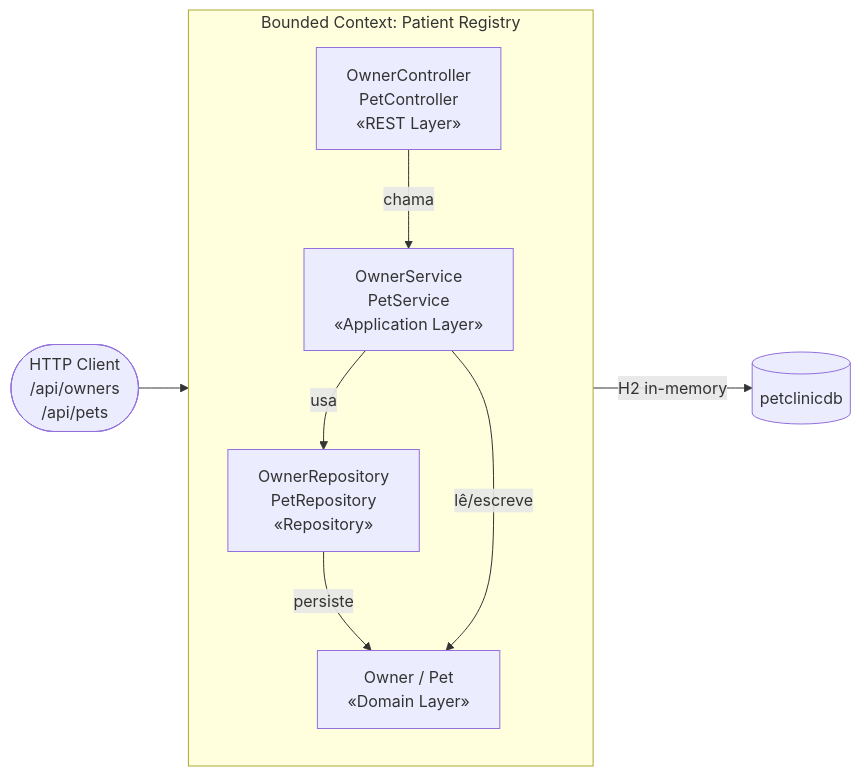
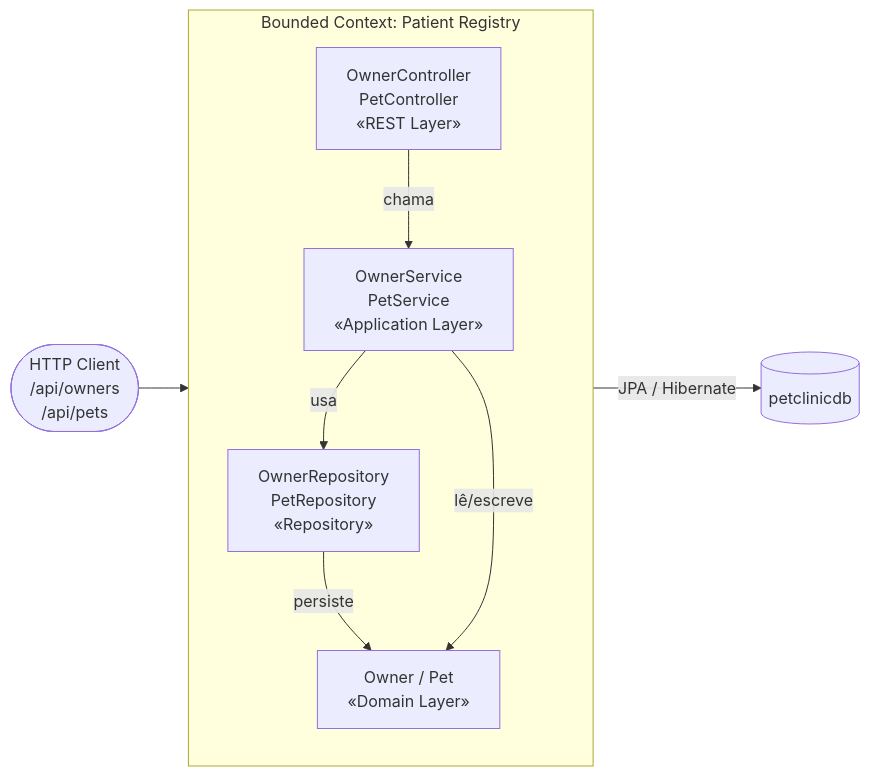
One commit to infnet-antonio-lemos/projeto-bloco-softwares-escalaveis changed the third of 3 diagrams in docs/ddd-context-map.md. Above: the diagram before and after it, drawn with Mermaid. The commit also changed other lines of this file, not shown here.

Commit message:
update database access documentation to clarify JPA/Hibernate usage and Spring profiles

````diff
--- a/docs/ddd-context-map.md
+++ b/docs/ddd-context-map.md
@@ -101,18 +101,18 @@
 ```mermaid
 flowchart LR
     subgraph BC["Bounded Context: Patient Registry"]
         direction TB
         C["OwnerController\nPetController\n«REST Layer»"]
         S["OwnerService\nPetService\n«Application Layer»"]
         R["OwnerRepository\nPetRepository\n«Repository»"]
         E["Owner / Pet\n«Domain Layer»"]
 
         C -->|chama| S
         S -->|usa| R
         R -->|persiste| E
         S -->|lê/escreve| E
     end
 
     HTTP(["HTTP Client\n/api/owners\n/api/pets"]) --> C
-    E -->|H2 in-memory| DB[("petclinicdb")]
+    E -->|JPA / Hibernate| DB[("petclinicdb")]
 ```
````
